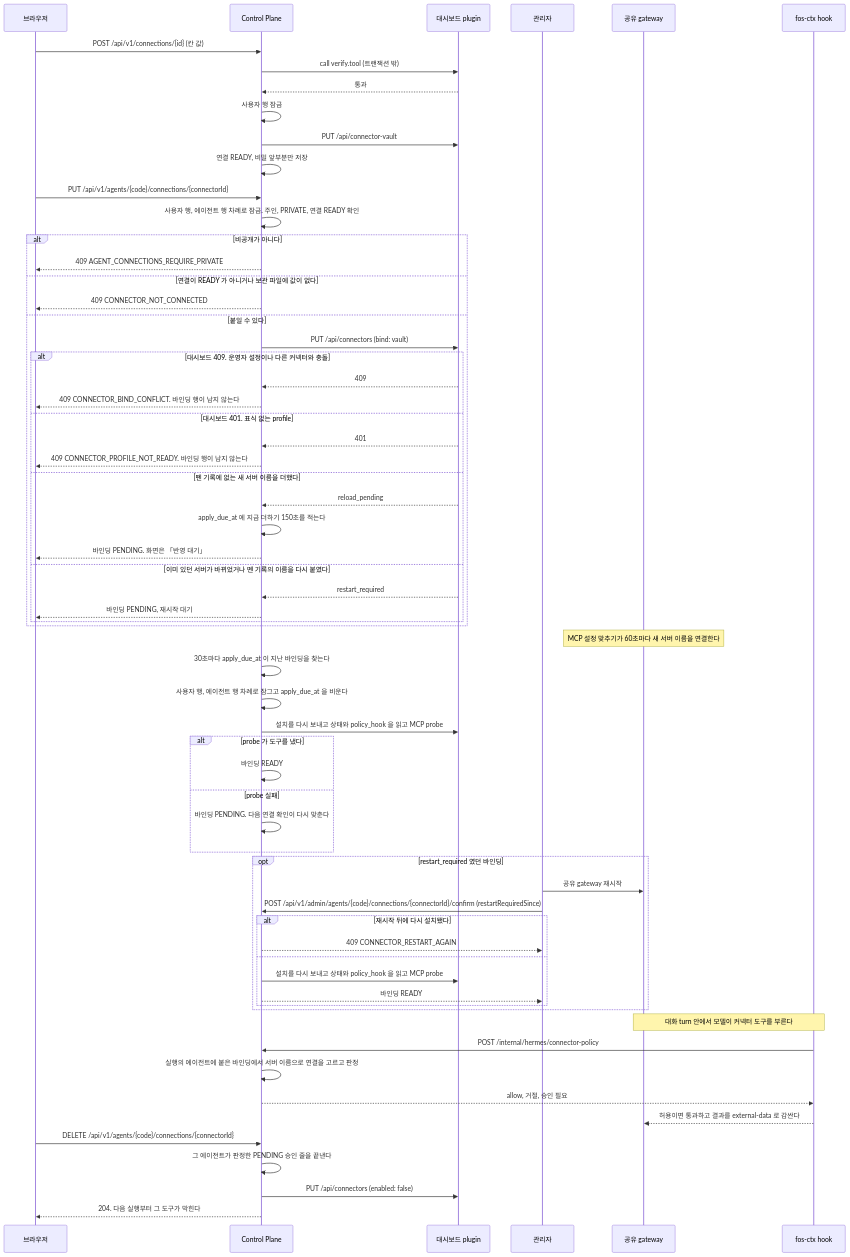
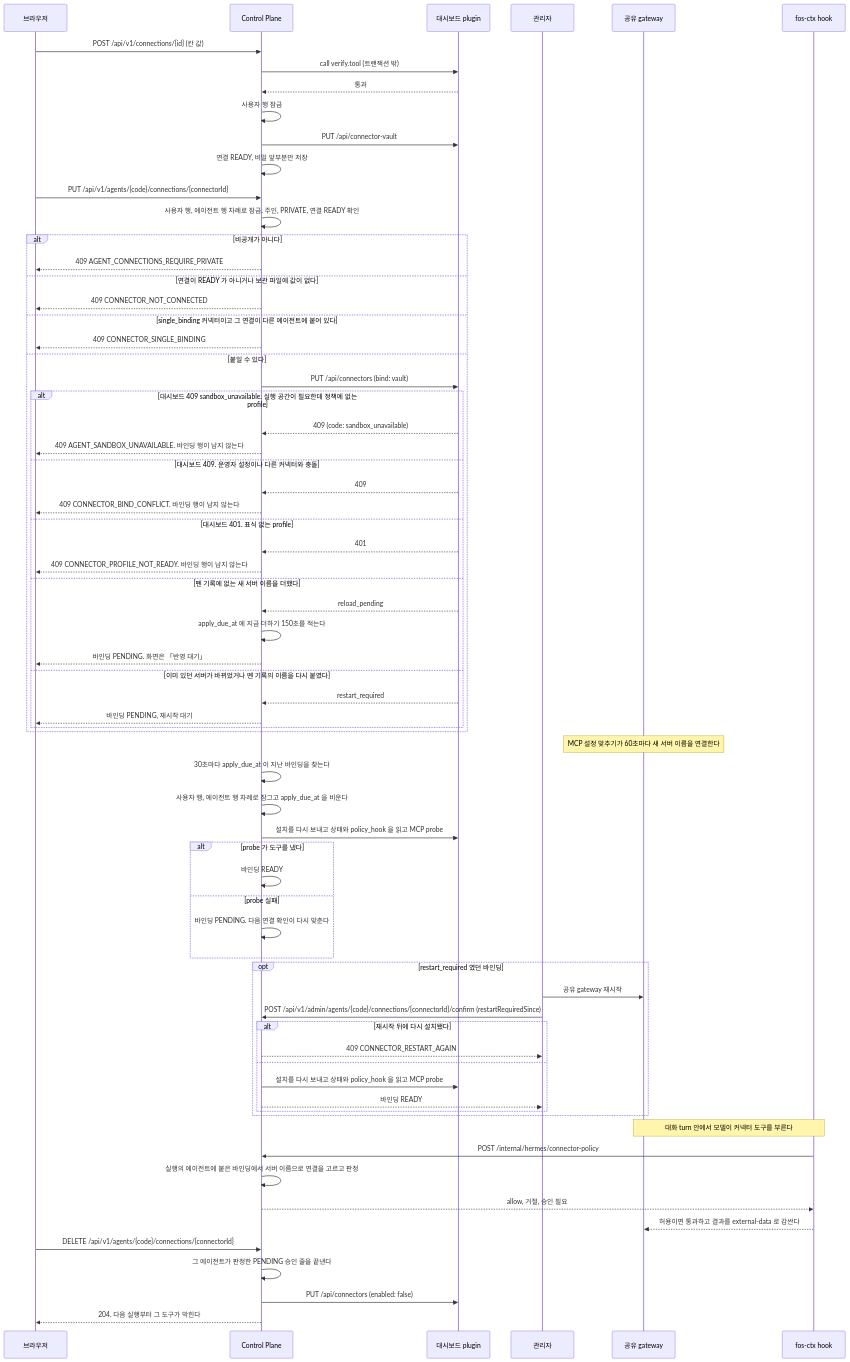
The fifth of 8 diagrams in docs/flow.md (jon890/fos-assistant), drawn with Mermaid before and after one commit. The commit also changed 9 other files, not shown here.

````diff
--- a/docs/flow.md
+++ b/docs/flow.md
@@ -203,72 +203,77 @@
 ```mermaid
 sequenceDiagram
     participant B as 브라우저
     participant C as Control Plane
     participant D as 대시보드 plugin
     participant A as 관리자
     participant G as 공유 gateway
     participant H as fos-ctx hook
 
     B->>C: POST /api/v1/connections/{id} (칸 값)
     C->>D: call verify.tool (트랜잭션 밖)
     D-->>C: 통과
     C->>C: 사용자 행 잠금
     C->>D: PUT /api/connector-vault
     C->>C: 연결 READY, 비밀 앞부분만 저장
 
     B->>C: PUT /api/v1/agents/{code}/connections/{connectorId}
     C->>C: 사용자 행, 에이전트 행 차례로 잠금. 주인, PRIVATE, 연결 READY 확인
     alt 비공개가 아니다
         C-->>B: 409 AGENT_CONNECTIONS_REQUIRE_PRIVATE
     else 연결이 READY 가 아니거나 보관 파일에 값이 없다
         C-->>B: 409 CONNECTOR_NOT_CONNECTED
+    else single_binding 커넥터이고 그 연결이 다른 에이전트에 붙어 있다
+        C-->>B: 409 CONNECTOR_SINGLE_BINDING
     else 붙일 수 있다
         C->>D: PUT /api/connectors (bind: vault)
-        alt 대시보드 409. 운영자 설정이나 다른 커넥터와 충돌
+        alt 대시보드 409 sandbox_unavailable. 실행 공간이 필요한데 정책에 없는 profile
+            D-->>C: 409 (code: sandbox_unavailable)
+            C-->>B: 409 AGENT_SANDBOX_UNAVAILABLE. 바인딩 행이 남지 않는다
+        else 대시보드 409. 운영자 설정이나 다른 커넥터와 충돌
             D-->>C: 409
             C-->>B: 409 CONNECTOR_BIND_CONFLICT. 바인딩 행이 남지 않는다
         else 대시보드 401. 표식 없는 profile
             D-->>C: 401
             C-->>B: 409 CONNECTOR_PROFILE_NOT_READY. 바인딩 행이 남지 않는다
         else 뗀 기록에 없는 새 서버 이름을 더했다
             D-->>C: reload_pending
             C->>C: apply_due_at 에 지금 더하기 150초를 적는다
             C-->>B: 바인딩 PENDING. 화면은 「반영 대기」
         else 이미 있던 서버가 바뀌었거나 뗀 기록의 이름을 다시 붙였다
             D-->>C: restart_required
             C-->>B: 바인딩 PENDING, 재시작 대기
         end
     end
 
     Note over G: MCP 설정 맞추기가 60초마다 새 서버 이름을 연결한다
     C->>C: 30초마다 apply_due_at 이 지난 바인딩을 찾는다
     C->>C: 사용자 행, 에이전트 행 차례로 잠그고 apply_due_at 을 비운다
     C->>D: 설치를 다시 보내고 상태와 policy_hook 을 읽고 MCP probe
     alt probe 가 도구를 냈다
         C->>C: 바인딩 READY
     else probe 실패
         C->>C: 바인딩 PENDING. 다음 연결 확인이 다시 맞춘다
     end
 
     opt restart_required 였던 바인딩
         A->>G: 공유 gateway 재시작
         A->>C: POST /api/v1/admin/agents/{code}/connections/{connectorId}/confirm (restartRequiredSince)
         alt 재시작 뒤에 다시 설치됐다
             C-->>A: 409 CONNECTOR_RESTART_AGAIN
         else
             C->>D: 설치를 다시 보내고 상태와 policy_hook 을 읽고 MCP probe
             C-->>A: 바인딩 READY
         end
     end
 
     Note over G,H: 대화 turn 안에서 모델이 커넥터 도구를 부른다
     H->>C: POST /internal/hermes/connector-policy
     C->>C: 실행의 에이전트에 붙은 바인딩에서 서버 이름으로 연결을 고르고 판정
     C-->>H: allow, 거절, 승인 필요
     H-->>G: 허용이면 통과하고 결과를 external-data 로 감싼다
 
     B->>C: DELETE /api/v1/agents/{code}/connections/{connectorId}
     C->>C: 그 에이전트가 판정한 PENDING 승인 줄을 끝낸다
     C->>D: PUT /api/connectors (enabled: false)
     C-->>B: 204. 다음 실행부터 그 도구가 막힌다
 ```
````
